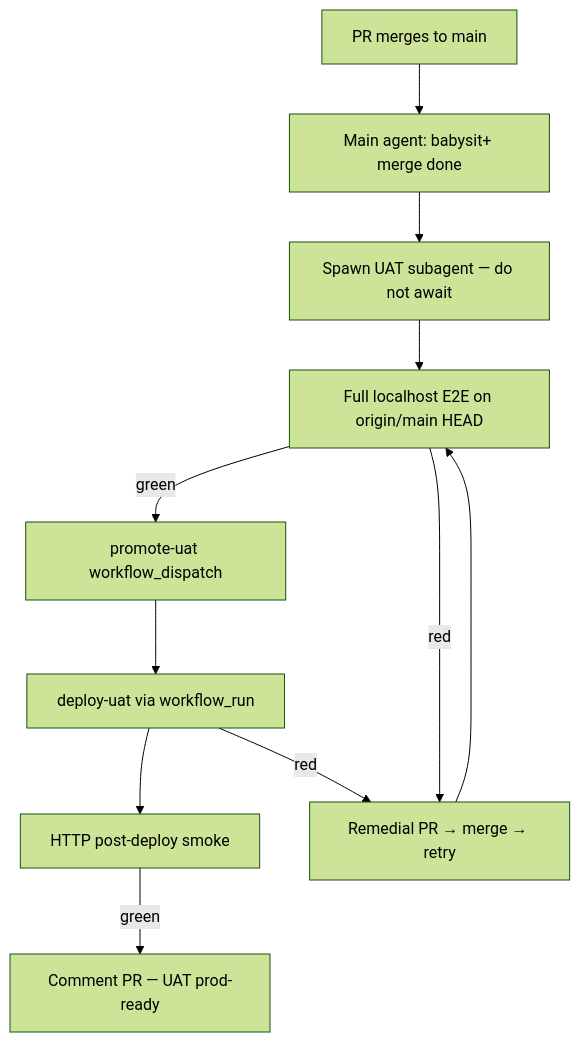
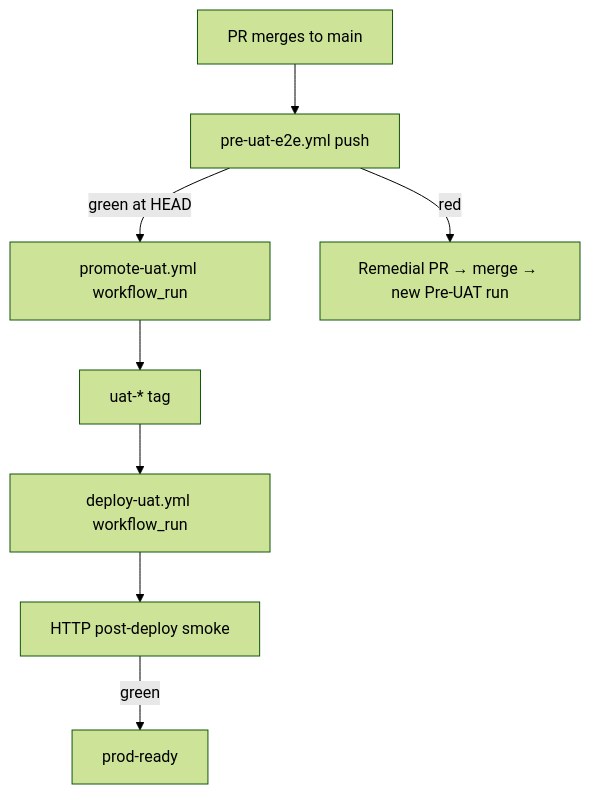
Before and after one commit to KanopeeKa/AgathaCheck: the diagram in docs/e2e/uat-agent-babysit.md, drawn with Mermaid (forest theme). The commit also changed other lines of this file and 20 other files, not shown here.

First line of the commit message:
phase(1-2/2): feat: restore CI-driven UAT promote pipeline

````diff
--- a/docs/e2e/uat-agent-babysit.md
+++ b/docs/e2e/uat-agent-babysit.md
@@ -11,13 +15,10 @@
 ```mermaid
 flowchart TD
-  MERGE[PR merges to main] --> MAIN[Main agent: babysit+ merge done]
-  MAIN --> SPAWN[Spawn UAT subagent — do not await]
-  SPAWN --> E2E[Full localhost E2E on origin/main HEAD]
-  E2E -->|green| TAG[promote-uat workflow_dispatch]
-  TAG --> DEPLOY[deploy-uat via workflow_run]
+  MERGE[PR merges to main] --> PRE[pre-uat-e2e.yml push]
+  PRE -->|green at HEAD| PROMOTE[promote-uat.yml workflow_run]
+  PROMOTE --> TAG[uat-* tag]
+  TAG --> DEPLOY[deploy-uat.yml workflow_run]
   DEPLOY --> SMOKE[HTTP post-deploy smoke]
-  SMOKE -->|green| DONE[Comment PR — UAT prod-ready]
-  E2E -->|red| FIX[Remedial PR → merge → retry]
-  DEPLOY -->|red| FIX
-  FIX --> E2E
+  SMOKE -->|green| READY[prod-ready]
+  PRE -->|red| FIX[Remedial PR → merge → new Pre-UAT run]
 ```
````
